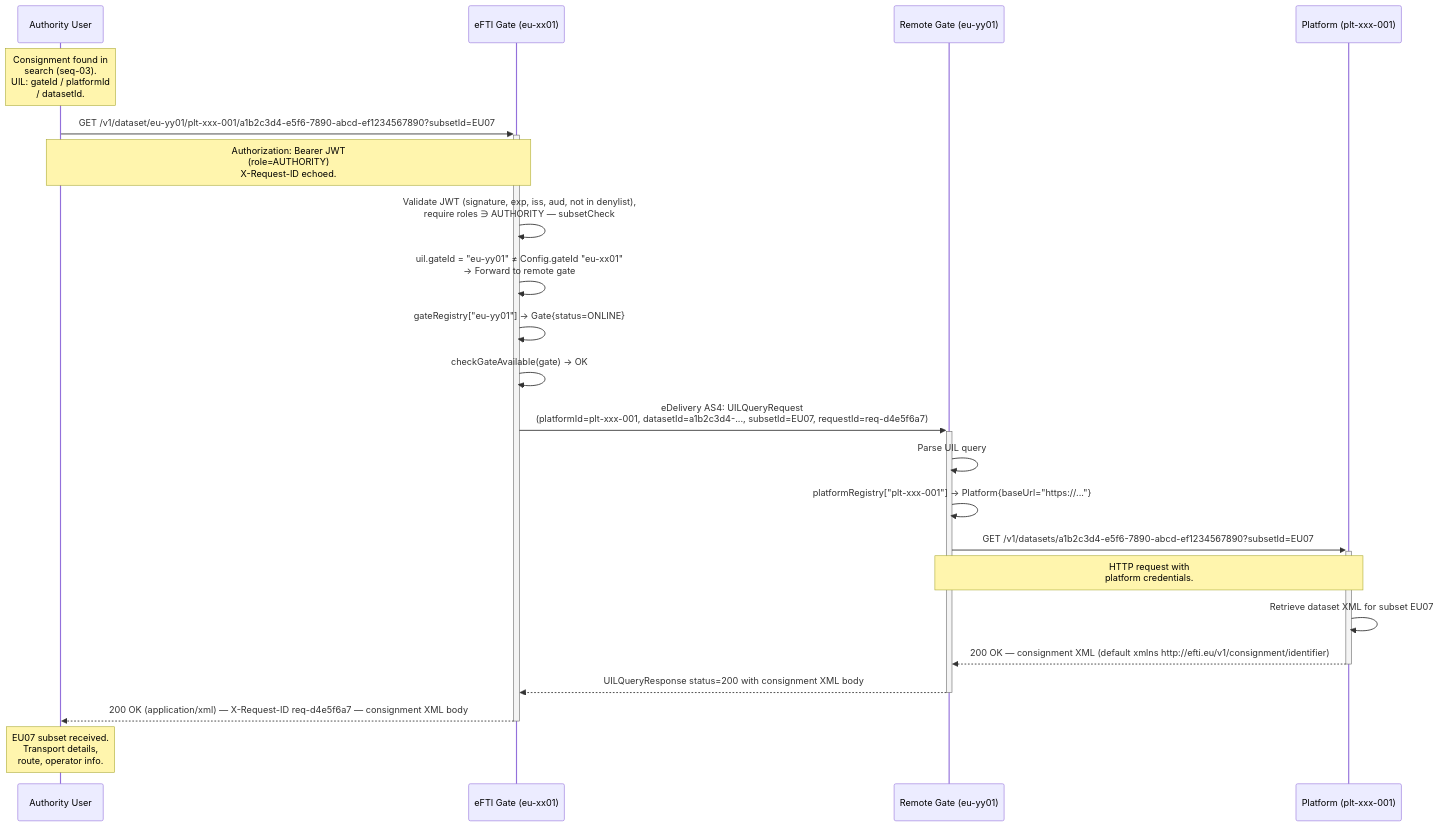
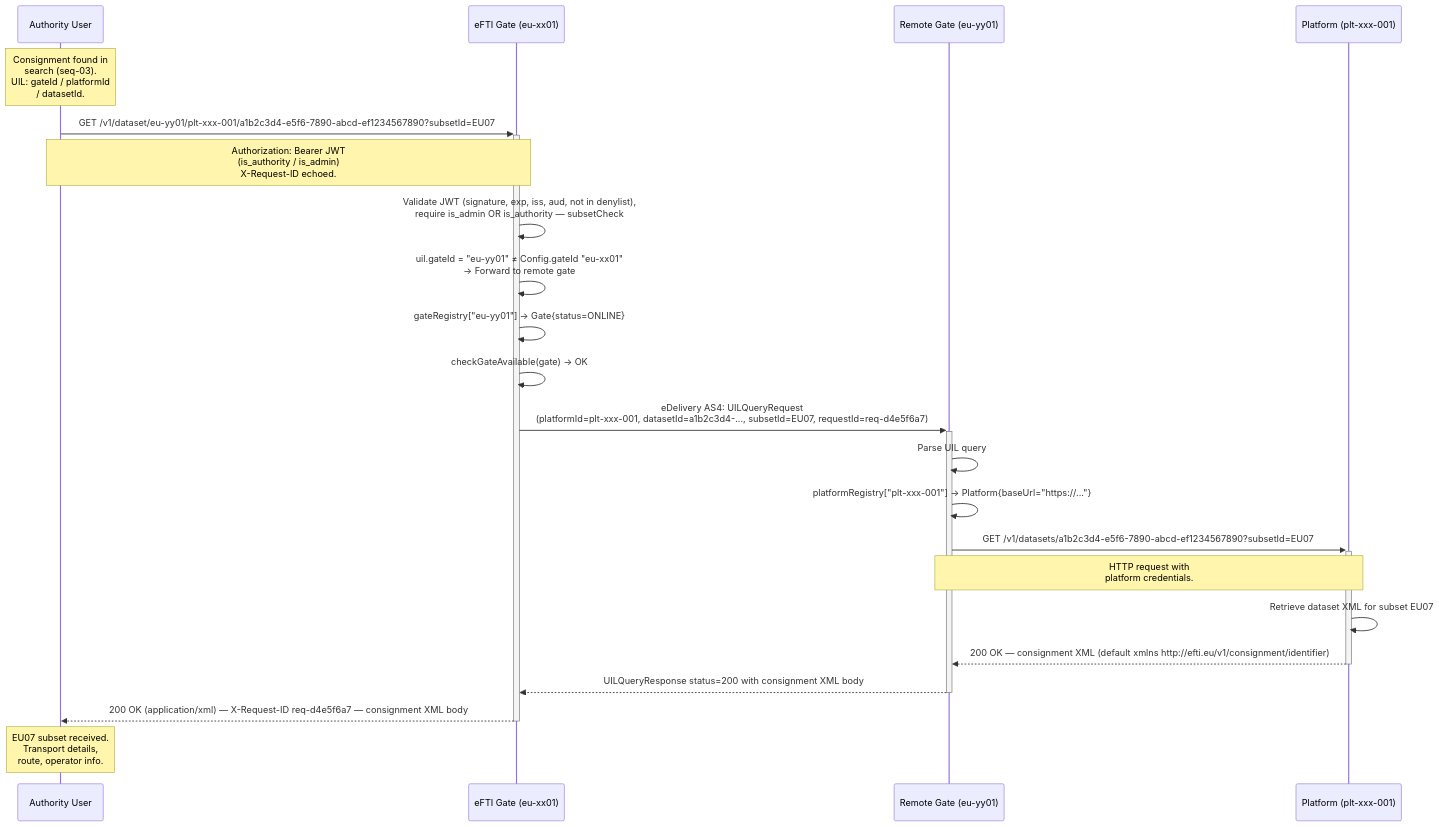
One commit to kemit-ee/efti-gate-ee changed the diagram in docs/specs/diagrams/seq-05-dataset-request.mmd. Above: the diagram before and after it, drawn with Mermaid. The commit also changed 42 other files, not shown here.

```diff
--- a/docs/specs/diagrams/seq-05-dataset-request.mmd
+++ b/docs/specs/diagrams/seq-05-dataset-request.mmd
@@ -1,32 +1,32 @@
 sequenceDiagram
     participant Authority as Authority User
     participant GateEE as eFTI Gate (eu-xx01)
     participant GateFI as Remote Gate (eu-yy01)
     participant Platform as Platform (plt-xxx-001)
 
     Note over Authority: Consignment found in<br/>search (seq-03).<br/>UIL: gateId / platformId<br/>/ datasetId.
 
     Authority->>+GateEE: GET /v1/dataset/eu-yy01/plt-xxx-001/a1b2c3d4-e5f6-7890-abcd-ef1234567890?subsetId=EU07
-    Note over Authority,GateEE: Authorization: Bearer JWT<br/>(role=AUTHORITY)<br/>X-Request-ID echoed.
+    Note over Authority,GateEE: Authorization: Bearer JWT<br/>(is_authority / is_admin)<br/>X-Request-ID echoed.
 
-    GateEE->>GateEE: Validate JWT (signature, exp, iss, aud, not in denylist),<br/>require roles ∋ AUTHORITY — subsetCheck
+    GateEE->>GateEE: Validate JWT (signature, exp, iss, aud, not in denylist),<br/>require is_admin OR is_authority — subsetCheck
     GateEE->>GateEE: uil.gateId = "eu-yy01" ≠ Config.gateId "eu-xx01"<br/>→ Forward to remote gate
 
     GateEE->>GateEE: gateRegistry["eu-yy01"] → Gate{status=ONLINE}
     GateEE->>GateEE: checkGateAvailable(gate) → OK
 
     GateEE->>+GateFI: eDelivery AS4: UILQueryRequest<br/>(platformId=plt-xxx-001, datasetId=a1b2c3d4-..., subsetId=EU07, requestId=req-d4e5f6a7)
 
     GateFI->>GateFI: Parse UIL query
     GateFI->>GateFI: platformRegistry["plt-xxx-001"] → Platform{baseUrl="https://..."}
     GateFI->>+Platform: GET /v1/datasets/a1b2c3d4-e5f6-7890-abcd-ef1234567890?subsetId=EU07
     Note over GateFI,Platform: HTTP request with<br/>platform credentials.
 
     Platform->>Platform: Retrieve dataset XML for subset EU07
     Platform-->>-GateFI: 200 OK — consignment XML (default xmlns http://efti.eu/v1/consignment/identifier)
 
     GateFI-->>-GateEE: UILQueryResponse status=200 with consignment XML body
 
     GateEE-->>-Authority: 200 OK (application/xml) — X-Request-ID req-d4e5f6a7 — consignment XML body
 
     Note over Authority: EU07 subset received.<br/>Transport details,<br/>route, operator info.
```
